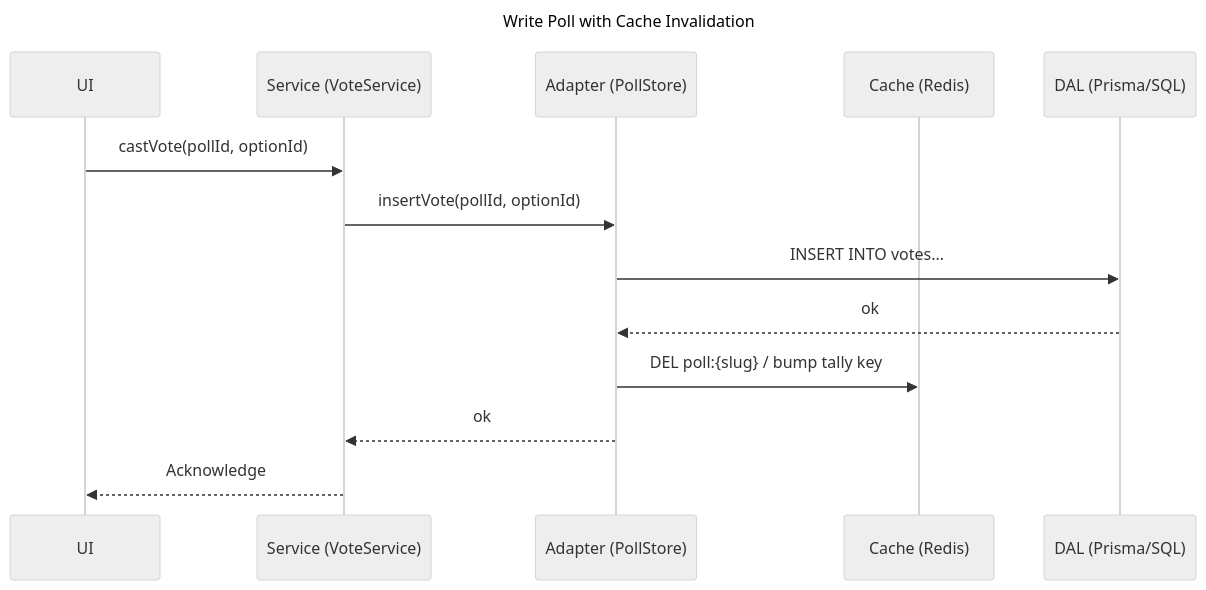
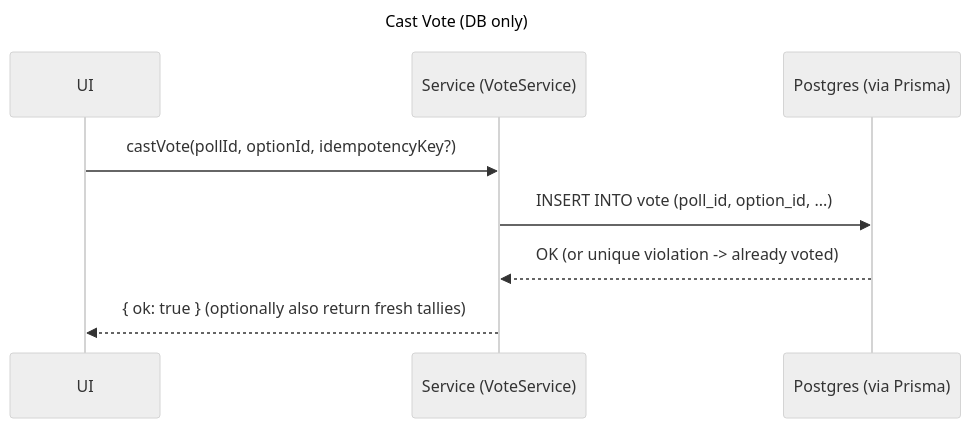
Before and after one commit to sandbox-as-a-service/docs: the second of 2 diagrams in fetch-poll-sequence.md, drawn with Mermaid. The commit also changed other lines of this file, not shown here.

````diff
--- a/fetch-poll-sequence.md
+++ b/fetch-poll-sequence.md
@@ -50,24 +20,16 @@
 ```mermaid
 ---
-title: Write Poll with Cache Invalidation
+title: Cast Vote (DB only)
 config:
   theme: neutral
 ---
-
 sequenceDiagram
     participant UI as UI
-    participant S as Service (VoteService)
-    participant PS as Adapter (PollStore)
-    participant C as Cache (Redis)
-    participant DB as DAL (Prisma/SQL)
+    participant VS as Service (VoteService)
+    participant DB as Postgres (via Prisma)
 
-    UI->>S: castVote(pollId, optionId)
-    S->>PS: insertVote(pollId, optionId)
-    PS->>DB: INSERT INTO votes...
-    DB-->>PS: ok
-    PS->>C: DEL poll:{slug} / bump tally key
-    PS-->>S: ok
-    S-->>UI: Acknowledge
-
-
+    UI->>VS: castVote(pollId, optionId, idempotencyKey?)
+    VS->>DB: INSERT INTO vote (poll_id, option_id, ...)
+    DB-->>VS: OK (or unique violation -> already voted)
+    VS-->>UI: { ok: true } (optionally also return fresh tallies)
 ```
````
